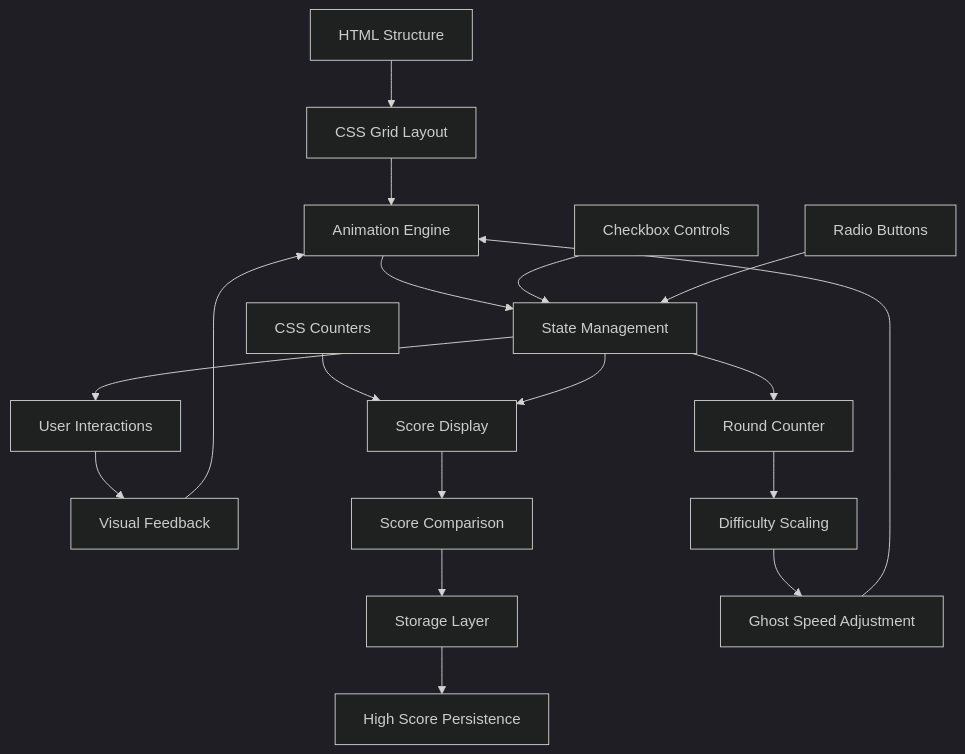
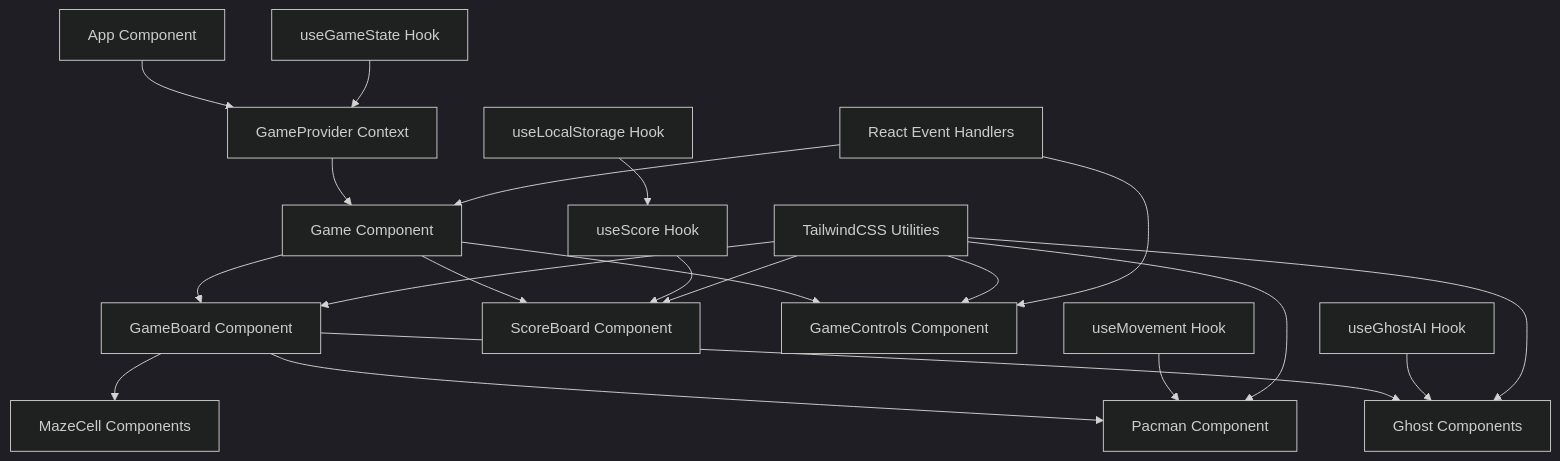
The diagram in .kiro/specs/css-pacman-game/design.md (jayvicsanantonio/ai-pacman), drawn with Mermaid (dark theme) before and after one commit. The commit also changed other lines of this file and 2 other files, not shown here.

First line of the commit message:
Convert game from CSS-only to React with TailwindCSS

````diff
--- a/.kiro/specs/css-pacman-game/design.md
+++ b/.kiro/specs/css-pacman-game/design.md
@@ -19,23 +19,27 @@
 ```mermaid
 graph TD
-    A[HTML Structure] --> B[CSS Grid Layout]
-    B --> C[Animation Engine]
-    C --> D[State Management]
-    D --> E[User Interactions]
-    E --> F[Visual Feedback]
-    F --> C
+    A[App Component] --> B[GameProvider Context]
+    B --> C[Game Component]
+    C --> D[GameBoard Component]
+    C --> E[ScoreBoard Component]
+    C --> F[GameControls Component]
 
-    G[Checkbox Controls] --> D
-    H[Radio Buttons] --> D
-    I[CSS Counters] --> J[Score Display]
-    D --> J
+    D --> G[MazeCell Components]
+    D --> H[Pacman Component]
+    D --> I[Ghost Components]
 
-    K[Storage Layer] --> L[High Score Persistence]
-    J --> M[Score Comparison]
-    M --> K
+    J[useGameState Hook] --> B
+    K[useMovement Hook] --> H
+    L[useGhostAI Hook] --> I
+    M[useScore Hook] --> E
+    N[useLocalStorage Hook] --> M
 
-    N[Round Counter] --> O[Difficulty Scaling]
-    O --> P[Ghost Speed Adjustment]
+    O[TailwindCSS Utilities] --> D
+    O --> E
+    O --> F
+    O --> H
+    O --> I
+
+    P[React Event Handlers] --> F
     P --> C
-    D --> N
 ```
````
